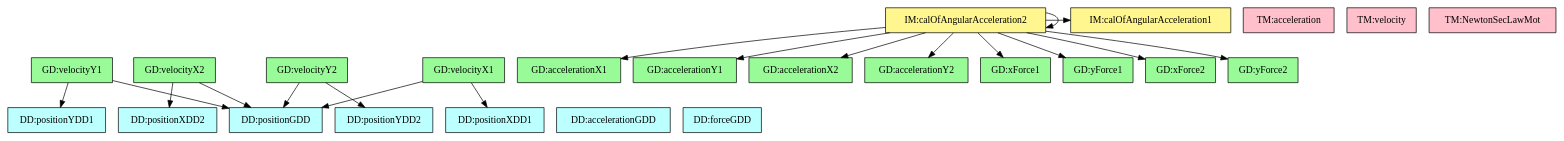
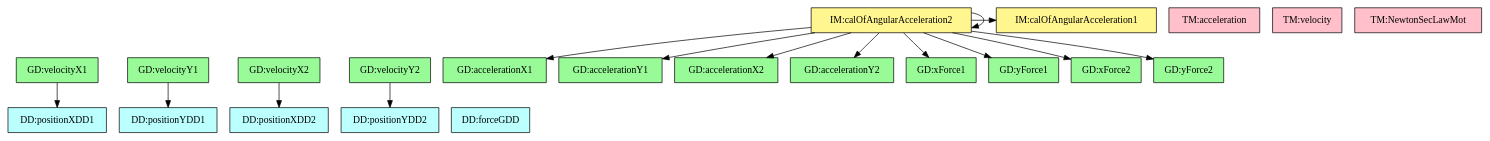
Before and after one commit to JacquesCarette/Drasil: the diagram in code/stable/dblpendulum/TraceyGraph/refvsref.dot, drawn with Graphviz. The commit also changed 12 other files, not shown here.

```diff
--- a/code/stable/dblpendulum/TraceyGraph/refvsref.dot
+++ b/code/stable/dblpendulum/TraceyGraph/refvsref.dot
@@ -1,70 +1,64 @@
 digraph refvsref {
-	v_x1 -> velocity;
 	v_x1 -> p_x1;
-	v_y1 -> velocity;
 	v_y1 -> p_y1;
-	v_x2 -> velocity;
 	v_x2 -> p_x2;
-	v_y2 -> velocity;
 	v_y2 -> p_y2;
 	angularAccelerationIM2 -> a_x1;
 	angularAccelerationIM2 -> a_y1;
 	angularAccelerationIM2 -> a_x2;
 	angularAccelerationIM2 -> a_y2;
 	angularAccelerationIM2 -> xForce1;
 	angularAccelerationIM2 -> yForce1;
 	angularAccelerationIM2 -> xForce2;
 	angularAccelerationIM2 -> yForce2;
 	angularAccelerationIM2 -> angularAccelerationIM1;
 	angularAccelerationIM2 -> angularAccelerationIM2;
 
 
-	velocity	[shape=box, color=black, style=filled, fillcolor=paleturquoise1, label="DD:positionGDD"];
 	p_x1	[shape=box, color=black, style=filled, fillcolor=paleturquoise1, label="DD:positionXDD1"];
 	p_y1	[shape=box, color=black, style=filled, fillcolor=paleturquoise1, label="DD:positionYDD1"];
 	p_x2	[shape=box, color=black, style=filled, fillcolor=paleturquoise1, label="DD:positionXDD2"];
 	p_y2	[shape=box, color=black, style=filled, fillcolor=paleturquoise1, label="DD:positionYDD2"];
-	acceleration	[shape=box, color=black, style=filled, fillcolor=paleturquoise1, label="DD:accelerationGDD"];
 	force	[shape=box, color=black, style=filled, fillcolor=paleturquoise1, label="DD:forceGDD"];
 
 	subgraph DD {
 	rank="same"
-	{velocity, p_x1, p_y1, p_x2, p_y2, acceleration, force}
+	{p_x1, p_y1, p_x2, p_y2, force}
 	}
 
 	accelerationTM	[shape=box, color=black, style=filled, fillcolor=pink, label="TM:acceleration"];
 	velocityTM	[shape=box, color=black, style=filled, fillcolor=pink, label="TM:velocity"];
 	newtonSL	[shape=box, color=black, style=filled, fillcolor=pink, label="TM:NewtonSecLawMot"];
 
 	subgraph TM {
 	rank="same"
 	{accelerationTM, velocityTM, newtonSL}
 	}
 
 	v_x1	[shape=box, color=black, style=filled, fillcolor=palegreen, label="GD:velocityX1"];
 	v_y1	[shape=box, color=black, style=filled, fillcolor=palegreen, label="GD:velocityY1"];
 	v_x2	[shape=box, color=black, style=filled, fillcolor=palegreen, label="GD:velocityX2"];
 	v_y2	[shape=box, color=black, style=filled, fillcolor=palegreen, label="GD:velocityY2"];
 	a_x1	[shape=box, color=black, style=filled, fillcolor=palegreen, label="GD:accelerationX1"];
 	a_y1	[shape=box, color=black, style=filled, fillcolor=palegreen, label="GD:accelerationY1"];
 	a_x2	[shape=box, color=black, style=filled, fillcolor=palegreen, label="GD:accelerationX2"];
 	a_y2	[shape=box, color=black, style=filled, fillcolor=palegreen, label="GD:accelerationY2"];
 	xForce1	[shape=box, color=black, style=filled, fillcolor=palegreen, label="GD:xForce1"];
 	yForce1	[shape=box, color=black, style=filled, fillcolor=palegreen, label="GD:yForce1"];
 	xForce2	[shape=box, color=black, style=filled, fillcolor=palegreen, label="GD:xForce2"];
 	yForce2	[shape=box, color=black, style=filled, fillcolor=palegreen, label="GD:yForce2"];
 
 	subgraph GD {
 	rank="same"
 	{v_x1, v_y1, v_x2, v_y2, a_x1, a_y1, a_x2, a_y2, xForce1, yForce1, xForce2, yForce2}
 	}
 
 	angularAccelerationIM1	[shape=box, color=black, style=filled, fillcolor=khaki1, label="IM:calOfAngularAcceleration1"];
 	angularAccelerationIM2	[shape=box, color=black, style=filled, fillcolor=khaki1, label="IM:calOfAngularAcceleration2"];
 
 	subgraph IM {
 	rank="same"
 	{angularAccelerationIM1, angularAccelerationIM2}
 	}
 
 }
```
